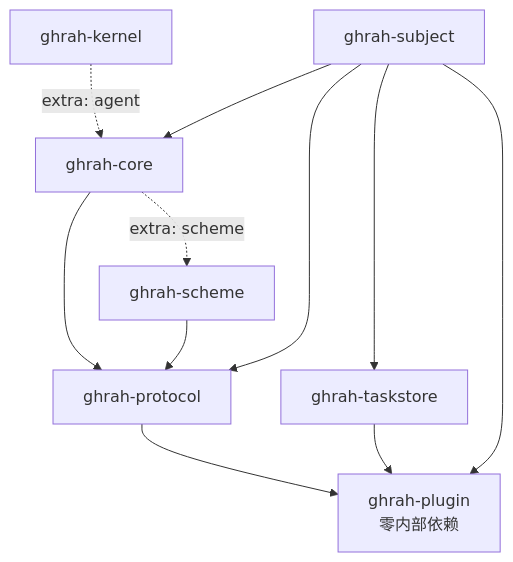
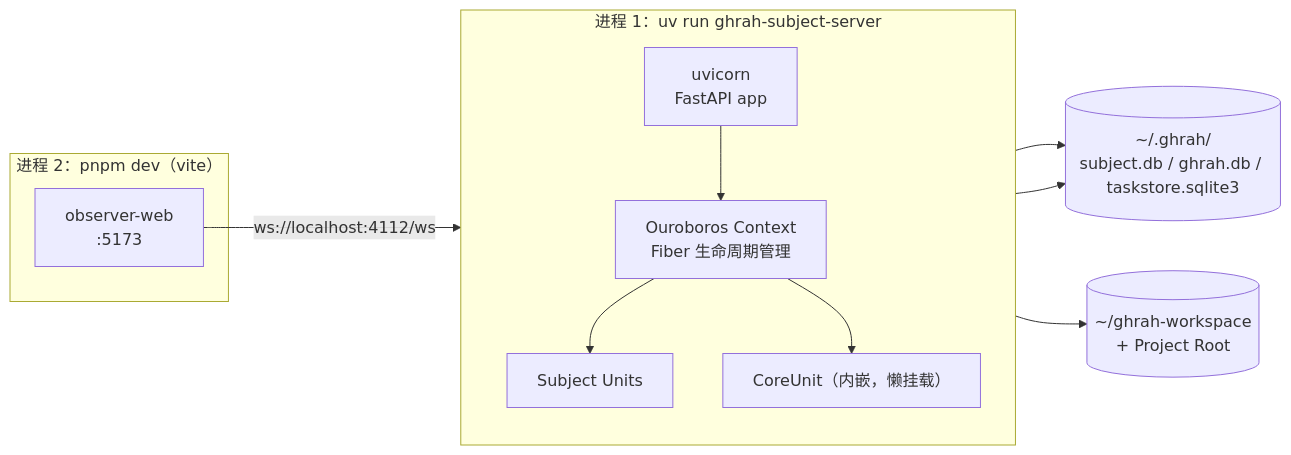
One commit to ghrah-org/ghrah-monorepo changed the second of 60 diagrams in docs/ARCHITECTURE.md. Above: the diagram before and after it, drawn with Mermaid. The commit also changed other lines of this file and 2 other files, not shown here.

````diff
--- a/docs/ARCHITECTURE.md
+++ b/docs/ARCHITECTURE.md
@@ -331,21 +162,23 @@
 ```mermaid
-graph TD
-    plugin["ghrah-plugin<br/>零内部依赖"]
-    protocol["ghrah-protocol"]
-    core["ghrah-core"]
-    scheme["ghrah-scheme"]
-    taskstore["ghrah-taskstore"]
-    subject["ghrah-subject"]
-    kernel["ghrah-kernel"]
+graph LR
+    subgraph P1["进程 1：uv run ghrah-subject-server"]
+        direction TB
+        UV["uvicorn<br/>FastAPI app"]
+        OU["Ouroboros Context<br/>Fiber 生命周期管理"]
+        CU["CoreUnit（内嵌，懒挂载）"]
+        ST["Subject Units"]
+        OU --> ST
+        OU --> CU
+        UV --> OU
+    end
+    subgraph P2["进程 2：pnpm dev（vite）"]
+        V["observer-web<br/>:5173"]
+    end
+    DB[("~/.ghrah/<br/>subject.db / ghrah.db / taskstore.sqlite3")]
+    WS[("~/ghrah-workspace<br/>+ Project Root")]
 
-    protocol --> plugin
-    core --> protocol
-    scheme --> protocol
-    taskstore --> plugin
-    subject --> core
-    subject --> protocol
-    subject --> taskstore
-    subject --> plugin
-    core -.->|"extra: scheme"| scheme
-    kernel -.->|"extra: agent"| core
+    V -- "ws://localhost:4112/ws" --> UV
+    ST --> DB
+    CU --> DB
+    ST --> WS
 ```
````
